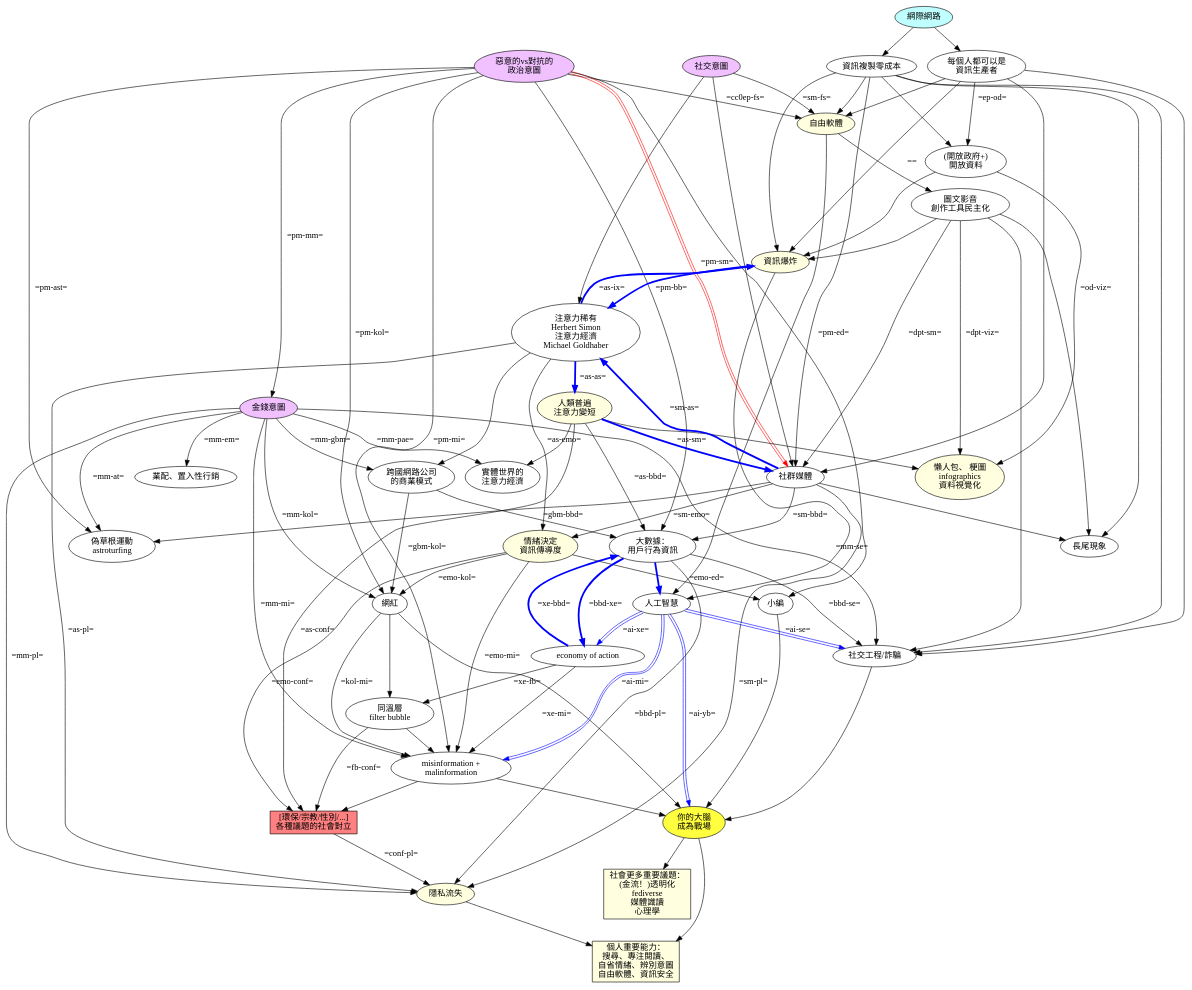
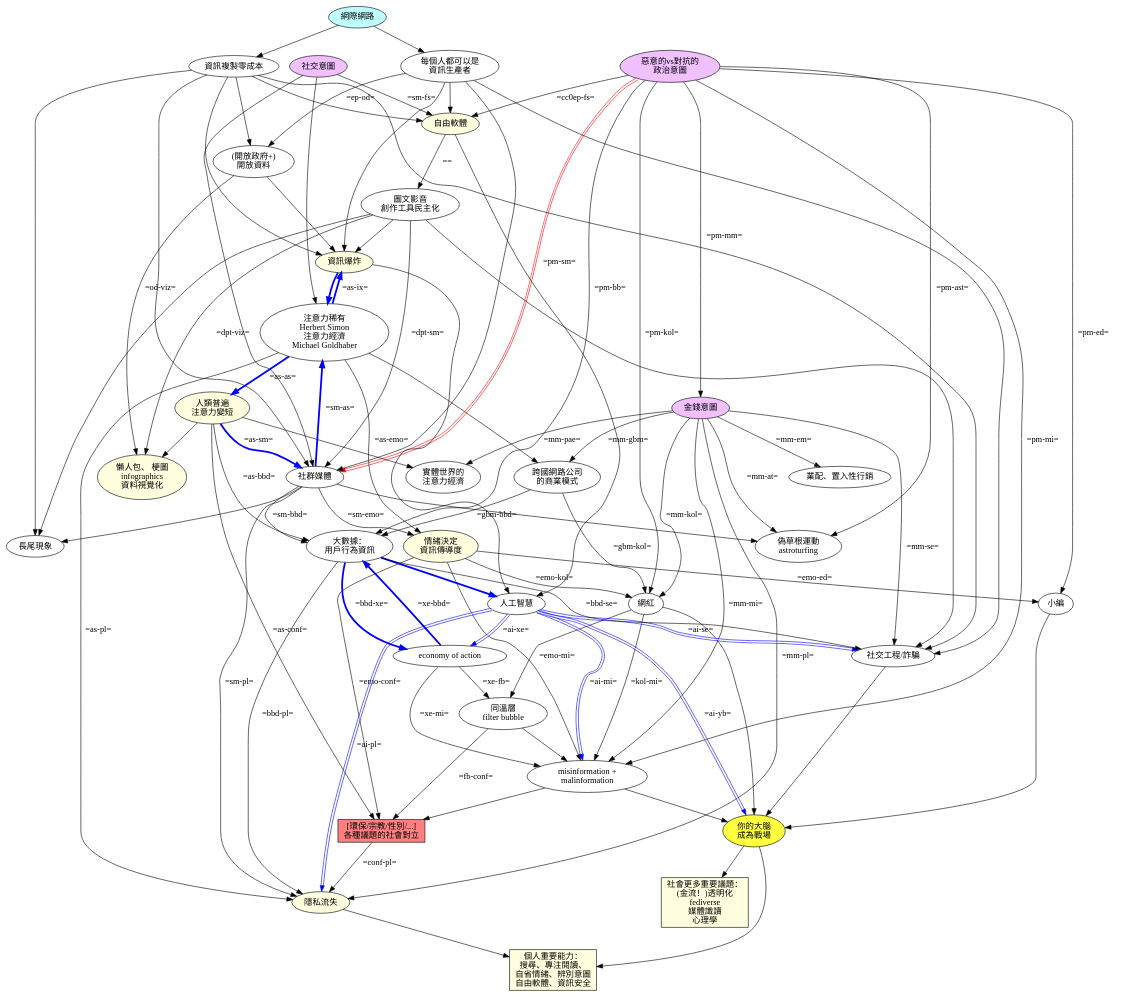
Before and after one commit to ckhung/ckhung.github.io: the diagram in a/m/23/war-on-brain.dot, drawn with Graphviz. The commit also changed 1 other file, not shown here.

```diff
--- a/a/m/23/war-on-brain.dot
+++ b/a/m/23/war-on-brain.dot
@@ -1,126 +1,127 @@
 digraph "頭腦爭霸戰" {
 
     rankdir = TB;
     overlap = scale;
 
     social_motivation [ label="社交意圖"; style=filled; fillcolor="#f0c0ff" ];
     monetary_motivation [ label="金錢意圖"; style=filled; fillcolor="#f0c0ff" ];
     political_motivation [ label="惡意的vs對抗的\n政治意圖"; style=filled; fillcolor="#f0c0ff" ];
     internet [ label="網際網路" style=filled; fillcolor="#c0ffff" ];
     copy_cost_0 [ label="資訊複製零成本" ];
     everone_producer [ label="每個人都可以是\n資訊生產者" ];
 
     free_software [ label="自由軟體"; style=filled; fillcolor="#ffffe0" ];
     dem_prod_tool [ label="圖文影音\n創作工具民主化" ];
 
     open_data [ label="(開放政府+)\n開放資料" ];
     info_explosion [ label="資訊爆炸"; style=filled; fillcolor="#ffffe0" ];
     attention_scarcity [ label="注意力稀有\nHerbert Simon\n注意力經濟\nMichael Goldhaber" ];
     attention_span [ label="人類普遍\n注意力變短"; style=filled; fillcolor="#ffffe0" ];
     visualization [ label="懶人包、 梗圖\ninfographics\n資料視覺化"; style=filled; fillcolor="#ffffe0" ];
     physical_ae [ label="實體世界的\n注意力經濟" ];
 
     social_media [ label="社群媒體" ];
     long_tail [ label="長尾現象" ];
     astroturfing [ label="偽草根運動\nastroturfing" ];
     emotion [ label="情緒決定\n資訊傳導度"; style=filled; fillcolor="#ffffe0" ];
     embedded_marketing [ label="業配、置入性行銷" ];
     kol [ label="網紅" ];
     google_bm [ label="跨國網路公司\n的商業模式" ];
     artificial_intelligence [ label="人工智慧" ];
     misinformation [ label="misinformation +\nmalinformation" ];
     privacy_loss [ label="隱私流失"; style=filled; fillcolor="#ffffe0" ];
     filter_bubble [ label="同溫層\nfilter bubble" ];
     behavior_big_data [ label="大數據：\n用戶行為資訊" ];
     xtion_economy [ label="economy of action" ];
     social_engineering [ label="社交工程/詐騙" ];
     editor [ label="小編" ];
     your_brain [ label="你的大腦\n成為戰場"; style=filled; fillcolor="#ffff40" ];
     conflict [ shape=rectangle; label="[環保/宗教/性別/...]\n各種議題的社會對立"; style=filled; fillcolor="#ff8080"; ];
     important_personal [ shape=rectangle; label="個人重要能力：\n搜尋、專注閱讀、\n自省情緒、辨別意圖\n自由軟體、資訊安全"; style=filled; fillcolor="#ffffe0" ];
     important_societal [ shape=rectangle; label="社會更多重要議題：\n(金流！)透明化\nfediverse\n媒體識讀\n心理學"; style=filled; fillcolor="#ffffe0" ];
 
     # # # # # # # # # # # # # # # # # # # # 
 
     internet -> { copy_cost_0 everone_producer } -> free_software;
     political_motivation -> free_software [ label="=cc0ep-fs="; labeltooltip="革奴計畫" ];
     social_motivation -> free_software [ label="=sm-fs="; labeltooltip="軟體就像性，免費的比較好" ];
     free_software -> dem_prod_tool [ label="=="; labeltooltip="inkscape\ngimp\naudacity\n價格競爭" ];
     copy_cost_0 -> open_data -> info_explosion;
     everone_producer -> open_data [ label="=ep-od="; labeltooltip="維基百科\n開放街圖" ];
 
 
     { everone_producer copy_cost_0 dem_prod_tool } -> { info_explosion social_engineering };
     social_motivation -> attention_scarcity;
     info_explosion -> attention_scarcity [ color="#0000ff"; penwidth=3 ];
     attention_scarcity -> info_explosion [ color="#0000ff"; penwidth=3; label="=as-ix="; labeltooltip="reputation economy\nexposure culture\n創用CC" ];
     attention_scarcity -> attention_span [ color="#0000ff"; penwidth=3; label="=as-as="; labeltooltip="金魚腦" ];
     attention_scarcity -> privacy_loss [ label="=as-pl="; labeltooltip="selfie\n不必讀，我同意\n預設值\n暗黑模式的 UI/UX" ];
     attention_span -> { visualization physical_ae };
     open_data -> visualization [ label="=od-viz="; labeltooltip="Hans Rosling\nOWID" ];
     dem_prod_tool -> visualization [ label="=dpt-viz="; labeltooltip="metabase\ngrafana\nplotly\ngnuplot\nscatplot" ];
 
     monetary_motivation -> physical_ae [ label="=mm-pae="; labeltooltip="四川航空 免費巴士\ndigital license plate ads" ];
     attention_scarcity -> google_bm;
     monetary_motivation ->  google_bm [ label="=mm-gbm="; labeltooltip="臉書、Instagram\ngoogle\nyoutube" ];
     google_bm -> kol [ label="=gbm-kol="; labeltooltip="抖內\n工商服務\n直播拍賣\n健生中醫" ];
     monetary_motivation -> embedded_marketing [ label="=mm-em="; ];
 
     { social_motivation everone_producer copy_cost_0 } -> social_media;
     dem_prod_tool -> social_media [ label="=dpt-sm="; labeltooltip="BBS、IRC" ];
     social_media -> attention_scarcity [ color="#0000ff"; penwidth=3; label="=sm-as="; labeltooltip="無限滾動捲軸\ndark patterns\ndeceptive patterns" ];
     attention_span -> social_media [ color="#0000ff"; penwidth=3; label="=as-sm="; labeltooltip="blog=>twitter\nyoutube=>抖音" ];
     { dem_prod_tool copy_cost_0 social_media } -> long_tail;
     social_media -> emotion [ label="=sm-emo="; labeltooltip="回想個人經驗" ];
     attention_scarcity -> emotion [ label="=as-emo="; labeltooltip="下標題技巧\n故事行銷" ];
     social_media -> astroturfing;
     monetary_motivation -> astroturfing [ label="=mm-at="; labeltooltip="bigtech wiki\nwe sell likes\nfake review" ];
     social_media -> privacy_loss [ label="=sm-pl="; labeltooltip="FOMO\nzenly\nvenmo\n抖音與臉書對你的逐鍵觀察" ];
 
 
     social_media -> behavior_big_data [ label="=sm-bbd="; labeltooltip="thisisyourdigitallife\n300個讚\n元宇宙頭盔\n社會信用體系\n网络安全法第二十八条" ];
     behavior_big_data -> privacy_loss [ label="=bbd-pl="; labeltooltip="少女懷孕，Target預測產期"; ];
     attention_span -> behavior_big_data [ label="=as-bbd="; labeltooltip="個人化...、智慧..."; ];
     google_bm -> behavior_big_data [ label="=gbm-bbd="; labeltooltip="targeted advertisement\n登入臉書方可閱讀的IP歧視政策"; ];
     behavior_big_data -> xtion_economy [ color="#0000ff"; penwidth=3; label="=bbd-xe="; labeltooltip="臉書情緒傳染實驗\n(臉書的紐澳青年)\n心理弱點行銷研究\n劍橋分析\nPokéstop"; ];
     xtion_economy -> behavior_big_data [ color="#0000ff"; penwidth=3; label="=xe-bbd="; labeltooltip="建立高牆花園\n誘勸改用app\napp內嵌瀏覽器\n臉書加密網址\n無限下滑" ];
 
 
     filter_bubble -> misinformation;
     xtion_economy -> filter_bubble [ label="=xe-fb="; labeltooltip="你也會喜歡\nline 群組\nline 內建瀏覽器不能搜尋" ];
     xtion_economy -> misinformation [ label="=xe-mi="; labeltooltip="dark ads\n臉書禁備份\nline 群組\nline 內建瀏覽器不能搜尋\nline voom？" ];
     monetary_motivation -> misinformation [ label="=mm-mi="; labeltooltip="大榴蓮\n鬼島狂新聞\n馬其頓 假新聞\n真相製造" ];
     emotion -> misinformation [ label="=emo-mi="; labeltooltip="台灣致死率全世界第一\n近二週致死率全球第三高\n愛台網紅離開台灣\n很多孩子走了\n\n盜版/山寨/仿冒\npredatory journal?" ];
     emotion -> kol [ label="=emo-kol="; labeltooltip="鼻妹、視網膜\n波特王、八烔、斯坦\n朱學恒、館長" ];
 
     political_motivation -> social_media [ color="#ff0000:white:#ff0000"; label="=pm-sm="; labeltooltip="言論管制\n極權國家\n网络安全法第二十八条" ];
     political_motivation -> behavior_big_data [ label="=pm-bb=" ];
     political_motivation -> monetary_motivation [ label="=pm-mm=" ];
     monetary_motivation -> kol [ label="=mm-kol="; labeltooltip="爆料公社\nmost super chatted on youtube" ];
     political_motivation -> astroturfing [ label="=pm-ast="; labeltooltip="twitter INFO OPs archive\n監獄網評員\n蜂蜜檸檬韓粉美國" ];
     political_motivation -> kol [ label="=pm-kol="; labeltooltip="解放軍南部戰區 對台自媒體及輿論分隊\n大翻譯運動" ];
     political_motivation -> misinformation [ label="=pm-mi="; labeltooltip="諸多假訊息打擊防疫" ];
     political_motivation -> editor [ label="=pm-ed="; labeltooltip="各政黨小編文化" ];
     emotion -> editor [ label="=emo-ed="; labeltooltip="小編的人格特質？" ];
 
     kol -> filter_bubble;
     kol -> misinformation [ label="=kol-mi="; labeltooltip="Lin bay好油\n晚安小雞" ];
     filter_bubble -> conflict [ label="=fb-conf="; labeltooltip="fan wars" ];
     emotion -> conflict [ label="=emo-conf="; labeltooltip="社會運動\nYuri Bezmenov" ];
     attention_span -> conflict [ label="=as-conf="; labeltooltip="標題殺人法 (的成功)" ];
     misinformation -> conflict;
     conflict -> privacy_loss [ label="=conf-pl="; labeltooltip="doxxing" ];
     monetary_motivation -> privacy_loss [ label="=mm-pl="; labeltooltip="葉逢明\n黑市個資\n中國 apps 與系統" ];
     monetary_motivation -> social_engineering [ label="=mm-se="; ];
     behavior_big_data -> social_engineering [ label="=bbd-se="; labeltooltip="黑市個資" ];
 
     { free_software info_explosion } -> artificial_intelligence;
     behavior_big_data -> artificial_intelligence [ color="#0000ff"; penwidth=3; ];
     artificial_intelligence -> xtion_economy [ color="#0000ff:white:#0000ff"; label="=ai-xe="; labeltooltip="劍橋分析 2.0\n中共版劍橋分析？" ];
     artificial_intelligence -> misinformation [color="#0000ff:white:#0000ff"; label="=ai-mi="; labeltooltip="deepfake\n劍橋分析 2.0" ];
     artificial_intelligence -> social_engineering [color="#0000ff:white:#0000ff"; label="=ai-se="; labeltooltip="deepfake" ];
     artificial_intelligence -> your_brain [color="#0000ff:white:#0000ff"; label="=ai-yb="; labeltooltip="Olga Loiek 被複製" ];
+    artificial_intelligence -> privacy_loss [color="#0000ff:white:#0000ff"; label="=ai-pl="; labeltooltip="AI 女友" ];
 
     { kol editor misinformation social_engineering } -> your_brain -> important_societal
     { your_brain privacy_loss } -> important_personal;
 }
```
